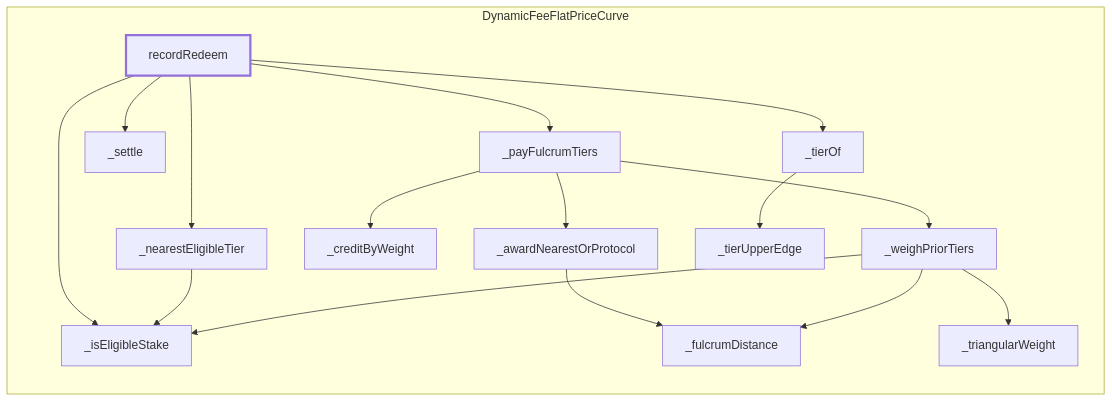
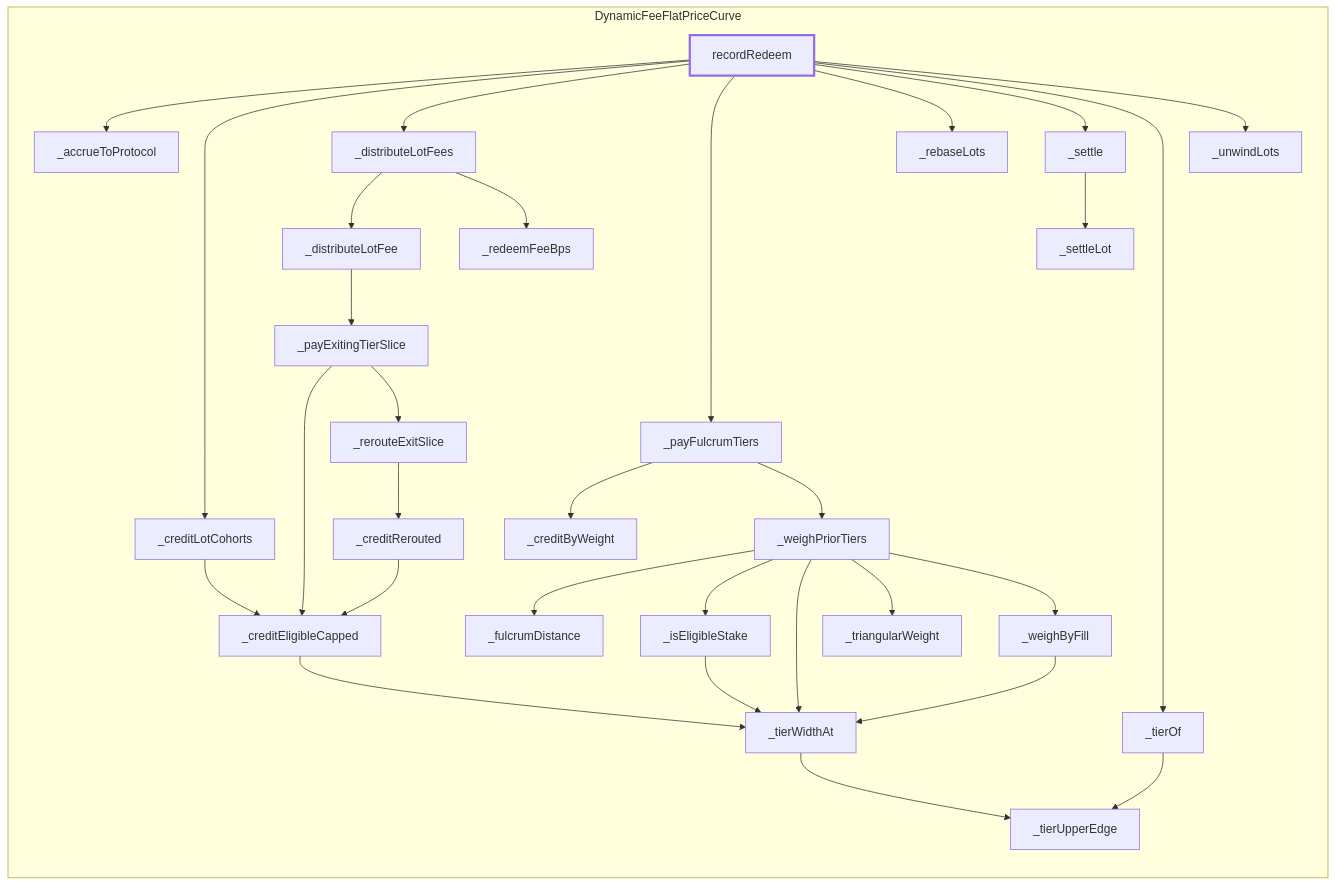
One commit to 0xIntuition/intuition-contracts-v2 changed the diagram in docs/call-flows/generated/curve-record-redeem.md. Above: the diagram before and after it, drawn with Mermaid. The commit also changed other lines of this file and 71 other files, not shown here.

````diff
--- a/docs/call-flows/generated/curve-record-redeem.md
+++ b/docs/call-flows/generated/curve-record-redeem.md
@@ -11,32 +11,59 @@
 ```mermaid
 flowchart LR
   subgraph DynamicFeeFlatPriceCurve["DynamicFeeFlatPriceCurve"]
-    DynamicFeeFlatPriceCurve__awardNearestOrProtocol["_awardNearestOrProtocol"]
+    DynamicFeeFlatPriceCurve__accrueToProtocol["_accrueToProtocol"]
     DynamicFeeFlatPriceCurve__creditByWeight["_creditByWeight"]
+    DynamicFeeFlatPriceCurve__creditEligibleCapped["_creditEligibleCapped"]
+    DynamicFeeFlatPriceCurve__creditLotCohorts["_creditLotCohorts"]
+    DynamicFeeFlatPriceCurve__creditRerouted["_creditRerouted"]
+    DynamicFeeFlatPriceCurve__distributeLotFee["_distributeLotFee"]
+    DynamicFeeFlatPriceCurve__distributeLotFees["_distributeLotFees"]
     DynamicFeeFlatPriceCurve__fulcrumDistance["_fulcrumDistance"]
     DynamicFeeFlatPriceCurve__isEligibleStake["_isEligibleStake"]
-    DynamicFeeFlatPriceCurve__nearestEligibleTier["_nearestEligibleTier"]
+    DynamicFeeFlatPriceCurve__payExitingTierSlice["_payExitingTierSlice"]
     DynamicFeeFlatPriceCurve__payFulcrumTiers["_payFulcrumTiers"]
+    DynamicFeeFlatPriceCurve__rebaseLots["_rebaseLots"]
+    DynamicFeeFlatPriceCurve__redeemFeeBps["_redeemFeeBps"]
+    DynamicFeeFlatPriceCurve__rerouteExitSlice["_rerouteExitSlice"]
     DynamicFeeFlatPriceCurve__settle["_settle"]
+    DynamicFeeFlatPriceCurve__settleLot["_settleLot"]
     DynamicFeeFlatPriceCurve__tierOf["_tierOf"]
     DynamicFeeFlatPriceCurve__tierUpperEdge["_tierUpperEdge"]
+    DynamicFeeFlatPriceCurve__tierWidthAt["_tierWidthAt"]
     DynamicFeeFlatPriceCurve__triangularWeight["_triangularWeight"]
+    DynamicFeeFlatPriceCurve__unwindLots["_unwindLots"]
+    DynamicFeeFlatPriceCurve__weighByFill["_weighByFill"]
     DynamicFeeFlatPriceCurve__weighPriorTiers["_weighPriorTiers"]
     DynamicFeeFlatPriceCurve_recordRedeem["recordRedeem"]
   end
-  DynamicFeeFlatPriceCurve_recordRedeem --> DynamicFeeFlatPriceCurve__isEligibleStake
-  DynamicFeeFlatPriceCurve_recordRedeem --> DynamicFeeFlatPriceCurve__nearestEligibleTier
+  DynamicFeeFlatPriceCurve_recordRedeem --> DynamicFeeFlatPriceCurve__accrueToProtocol
+  DynamicFeeFlatPriceCurve_recordRedeem --> DynamicFeeFlatPriceCurve__creditLotCohorts
+  DynamicFeeFlatPriceCurve_recordRedeem --> DynamicFeeFlatPriceCurve__distributeLotFees
   DynamicFeeFlatPriceCurve_recordRedeem --> DynamicFeeFlatPriceCurve__payFulcrumTiers
+  DynamicFeeFlatPriceCurve_recordRedeem --> DynamicFeeFlatPriceCurve__rebaseLots
   DynamicFeeFlatPriceCurve_recordRedeem --> DynamicFeeFlatPriceCurve__settle
   DynamicFeeFlatPriceCurve_recordRedeem --> DynamicFeeFlatPriceCurve__tierOf
-  DynamicFeeFlatPriceCurve__nearestEligibleTier --> DynamicFeeFlatPriceCurve__isEligibleStake
-  DynamicFeeFlatPriceCurve__payFulcrumTiers --> DynamicFeeFlatPriceCurve__awardNearestOrProtocol
+  DynamicFeeFlatPriceCurve_recordRedeem --> DynamicFeeFlatPriceCurve__unwindLots
+  DynamicFeeFlatPriceCurve__creditLotCohorts --> DynamicFeeFlatPriceCurve__creditEligibleCapped
+  DynamicFeeFlatPriceCurve__distributeLotFees --> DynamicFeeFlatPriceCurve__distributeLotFee
+  DynamicFeeFlatPriceCurve__distributeLotFees --> DynamicFeeFlatPriceCurve__redeemFeeBps
   DynamicFeeFlatPriceCurve__payFulcrumTiers --> DynamicFeeFlatPriceCurve__creditByWeight
   DynamicFeeFlatPriceCurve__payFulcrumTiers --> DynamicFeeFlatPriceCurve__weighPriorTiers
+  DynamicFeeFlatPriceCurve__settle --> DynamicFeeFlatPriceCurve__settleLot
   DynamicFeeFlatPriceCurve__tierOf --> DynamicFeeFlatPriceCurve__tierUpperEdge
-  DynamicFeeFlatPriceCurve__awardNearestOrProtocol --> DynamicFeeFlatPriceCurve__fulcrumDistance
+  DynamicFeeFlatPriceCurve__creditEligibleCapped --> DynamicFeeFlatPriceCurve__tierWidthAt
+  DynamicFeeFlatPriceCurve__distributeLotFee --> DynamicFeeFlatPriceCurve__payExitingTierSlice
   DynamicFeeFlatPriceCurve__weighPriorTiers --> DynamicFeeFlatPriceCurve__fulcrumDistance
   DynamicFeeFlatPriceCurve__weighPriorTiers --> DynamicFeeFlatPriceCurve__isEligibleStake
+  DynamicFeeFlatPriceCurve__weighPriorTiers --> DynamicFeeFlatPriceCurve__tierWidthAt
   DynamicFeeFlatPriceCurve__weighPriorTiers --> DynamicFeeFlatPriceCurve__triangularWeight
+  DynamicFeeFlatPriceCurve__weighPriorTiers --> DynamicFeeFlatPriceCurve__weighByFill
+  DynamicFeeFlatPriceCurve__tierWidthAt --> DynamicFeeFlatPriceCurve__tierUpperEdge
+  DynamicFeeFlatPriceCurve__payExitingTierSlice --> DynamicFeeFlatPriceCurve__creditEligibleCapped
+  DynamicFeeFlatPriceCurve__payExitingTierSlice --> DynamicFeeFlatPriceCurve__rerouteExitSlice
+  DynamicFeeFlatPriceCurve__isEligibleStake --> DynamicFeeFlatPriceCurve__tierWidthAt
+  DynamicFeeFlatPriceCurve__weighByFill --> DynamicFeeFlatPriceCurve__tierWidthAt
+  DynamicFeeFlatPriceCurve__rerouteExitSlice --> DynamicFeeFlatPriceCurve__creditRerouted
+  DynamicFeeFlatPriceCurve__creditRerouted --> DynamicFeeFlatPriceCurve__creditEligibleCapped
   style DynamicFeeFlatPriceCurve_recordRedeem stroke-width:3px
 ```
````
